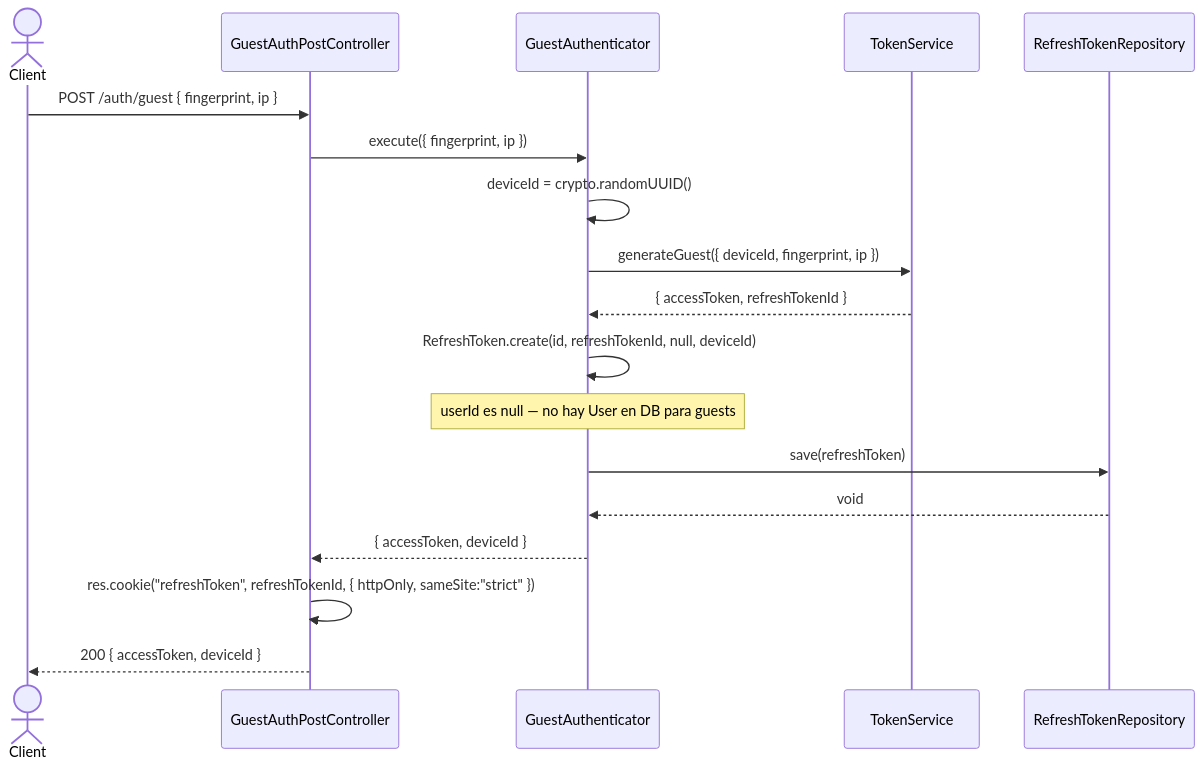
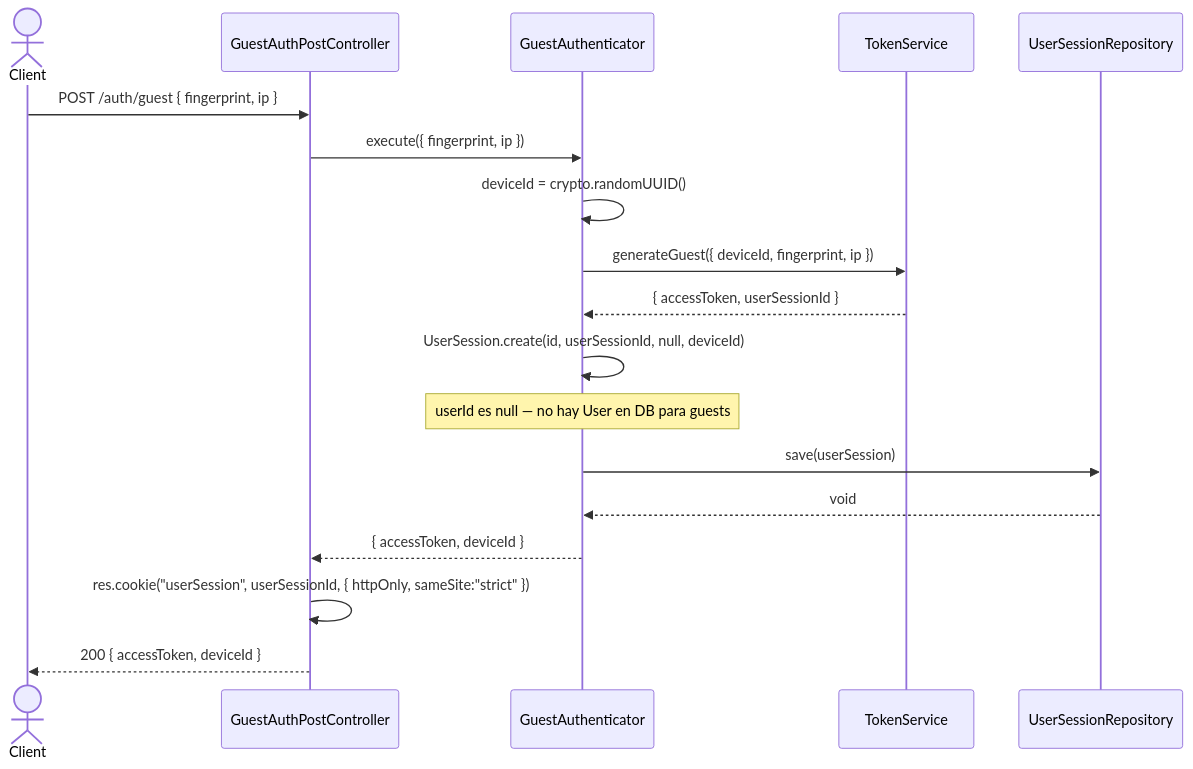
Before and after one commit to AbrahamVilchesDeLaCruz/ididntcatchthat: the diagram in docs/apps/api/identity/guest/sequence.md, drawn with Mermaid. The commit also changed 166 other files, not shown here.

First line of the commit message:
refactor(identity): replace RefreshToken with UserSession aggregate

````diff
--- a/docs/apps/api/identity/guest/sequence.md
+++ b/docs/apps/api/identity/guest/sequence.md
@@ -5,27 +5,27 @@
 ```mermaid
 sequenceDiagram
     actor Client
     participant C as GuestAuthPostController
     participant UC as GuestAuthenticator
     participant TS as TokenService
-    participant RTREPO as RefreshTokenRepository
+    participant RTREPO as UserSessionRepository
 
     Client->>C: POST /auth/guest { fingerprint, ip }
     C->>UC: execute({ fingerprint, ip })
 
     UC->>UC: deviceId = crypto.randomUUID()
 
     UC->>TS: generateGuest({ deviceId, fingerprint, ip })
-    TS-->>UC: { accessToken, refreshTokenId }
+    TS-->>UC: { accessToken, userSessionId }
 
-    UC->>UC: RefreshToken.create(id, refreshTokenId, null, deviceId)
+    UC->>UC: UserSession.create(id, userSessionId, null, deviceId)
     Note over UC: userId es null — no hay User en DB para guests
 
-    UC->>RTREPO: save(refreshToken)
+    UC->>RTREPO: save(userSession)
     RTREPO-->>UC: void
 
     UC-->>C: { accessToken, deviceId }
 
-    C->>C: res.cookie("refreshToken", refreshTokenId, { httpOnly, sameSite:"strict" })
+    C->>C: res.cookie("userSession", userSessionId, { httpOnly, sameSite:"strict" })
     C-->>Client: 200 { accessToken, deviceId }
 ```
````
